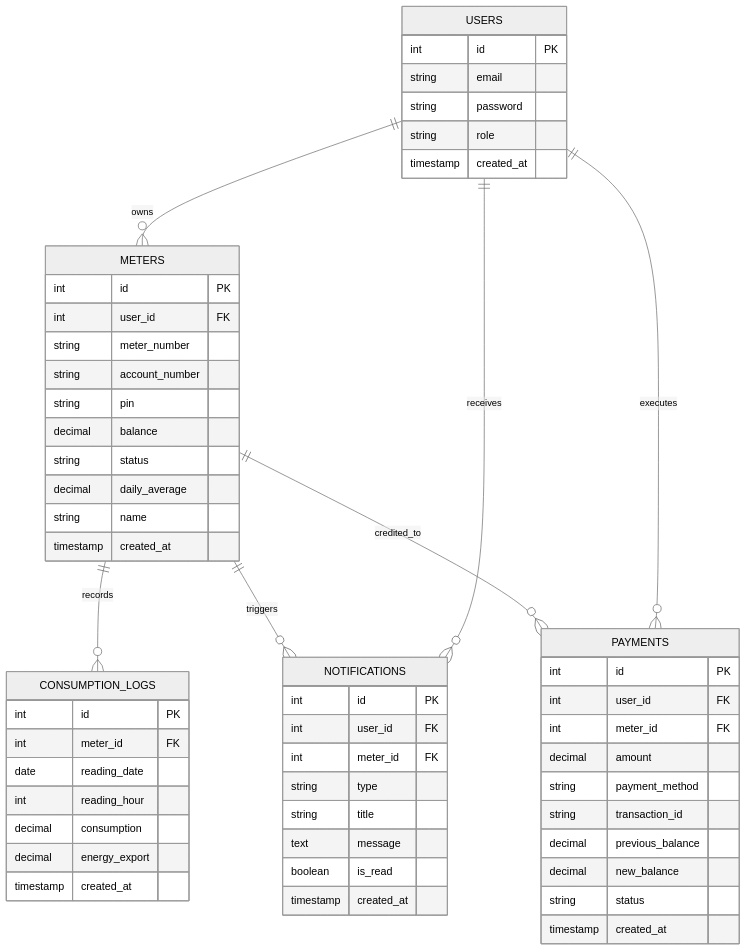
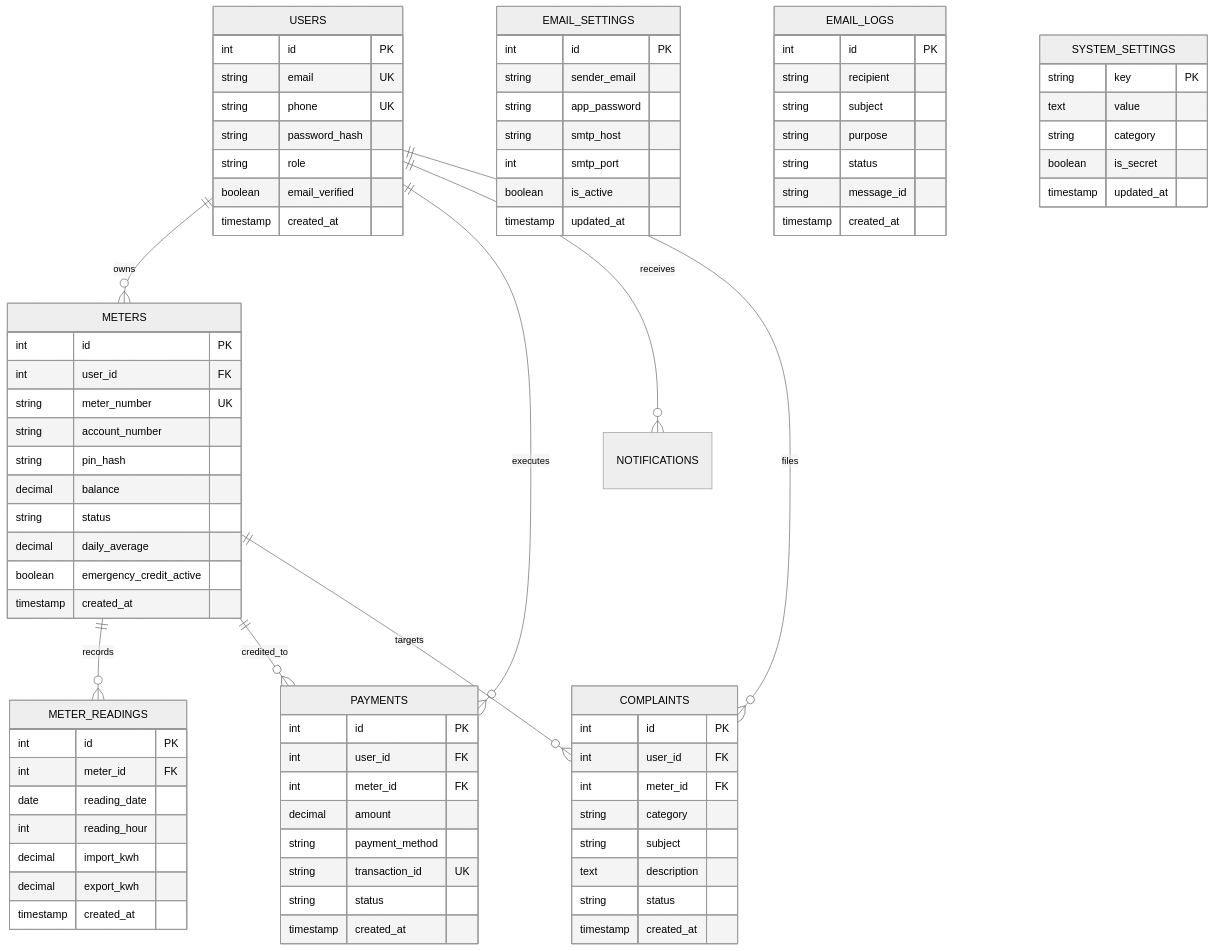
Before and after one commit to kalharaCK/LECO-Smart-Electricity-Meter: the fifth of 5 diagrams in README.md, drawn with Mermaid (neutral theme). The commit also changed other lines of this file and 22 other files, not shown here.

Commit message:
feat: dual email/SMS OTP verification, staff settings management, chatbot highlight, and comprehensive root documentation

````diff
--- a/README.md
+++ b/README.md
@@ -137,40 +535,43 @@
 ```mermaid
 erDiagram
     USERS ||--o{ METERS : owns
+    USERS ||--o{ PAYMENTS : executes
     USERS ||--o{ NOTIFICATIONS : receives
-    USERS ||--o{ PAYMENTS : executes
-    METERS ||--o{ CONSUMPTION_LOGS : records
+    USERS ||--o{ COMPLAINTS : files
+    METERS ||--o{ METER_READINGS : records
     METERS ||--o{ PAYMENTS : credited_to
-    METERS ||--o{ NOTIFICATIONS : triggers
+    METERS ||--o{ COMPLAINTS : targets
 
     USERS {
         int id PK
-        string email
-        string password
+        string email UK
+        string phone UK
+        string password_hash
         string role
+        boolean email_verified
         timestamp created_at
     }
 
     METERS {
         int id PK
         int user_id FK
-        string meter_number
+        string meter_number UK
         string account_number
-        string pin
+        string pin_hash
         decimal balance
         string status
         decimal daily_average
-        string name
+        boolean emergency_credit_active
         timestamp created_at
     }
 
-    CONSUMPTION_LOGS {
+    METER_READINGS {
         int id PK
         int meter_id FK
         date reading_date
         int reading_hour
-        decimal consumption
-        decimal energy_export
+        decimal import_kwh
+        decimal export_kwh
         timestamp created_at
     }
 
@@ -180,21 +581,47 @@
         int meter_id FK
         decimal amount
         string payment_method
-        string transaction_id
-        decimal previous_balance
-        decimal new_balance
+        string transaction_id UK
         string status
         timestamp created_at
     }
 
-    NOTIFICATIONS {
+    COMPLAINTS {
         int id PK
         int user_id FK
         int meter_id FK
-        string type
-        string title
-        text message
-        boolean is_read
+        string category
+        string subject
+        text description
+        string status
         timestamp created_at
     }
+
+    EMAIL_SETTINGS {
+        int id PK
+        string sender_email
+        string app_password
+        string smtp_host
+        int smtp_port
+        boolean is_active
+        timestamp updated_at
+    }
+
+    EMAIL_LOGS {
+        int id PK
+        string recipient
+        string subject
+        string purpose
+        string status
+        string message_id
+        timestamp created_at
+    }
+
+    SYSTEM_SETTINGS {
+        string key PK
+        text value
+        string category
+        boolean is_secret
+        timestamp updated_at
+    }
 ```
````
